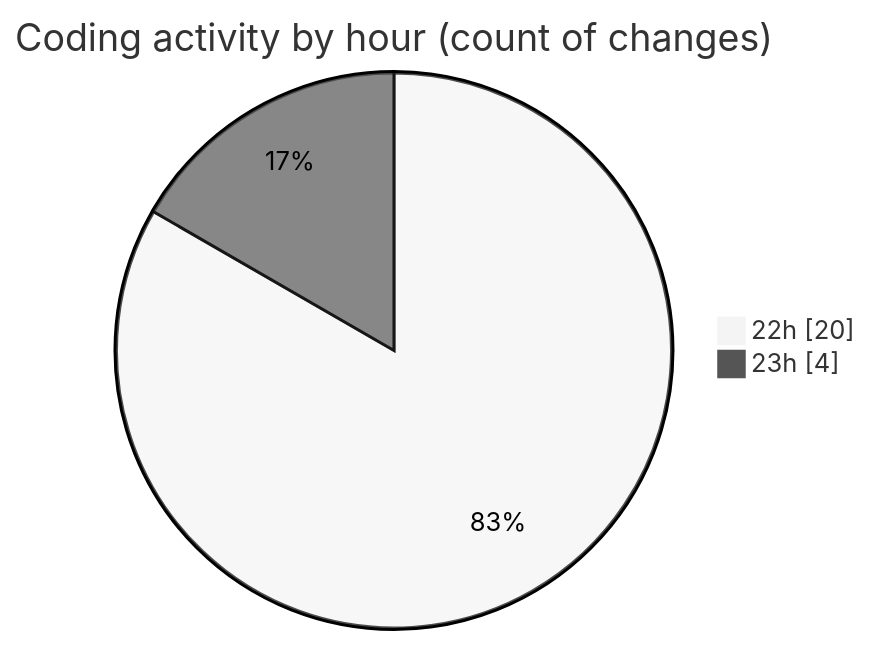
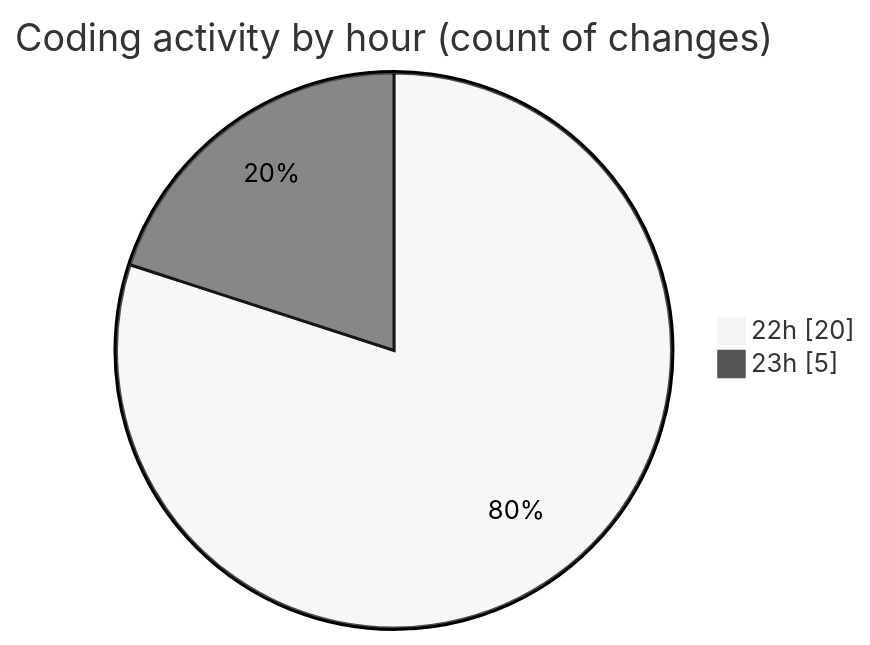
One commit to CELIANVF/code-tracking changed the second of 2 diagrams in 2025-06-06/androidsumapp/README.md. Above: the diagram before and after it, drawn with Mermaid (neutral theme). The commit also changed other lines of this file and 1 other file, not shown here.

````diff
--- a/2025-06-06/androidsumapp/README.md
+++ b/2025-06-06/androidsumapp/README.md
@@ -36,6 +37,6 @@
 ```mermaid
 pie showData
 title Coding activity by hour (count of changes)
 "22h" : 20
-"23h" : 4
+"23h" : 5
 ```
````
